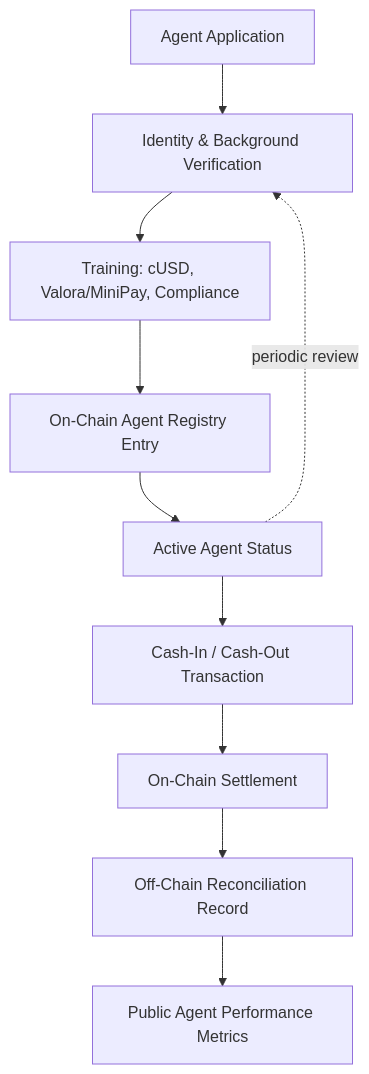
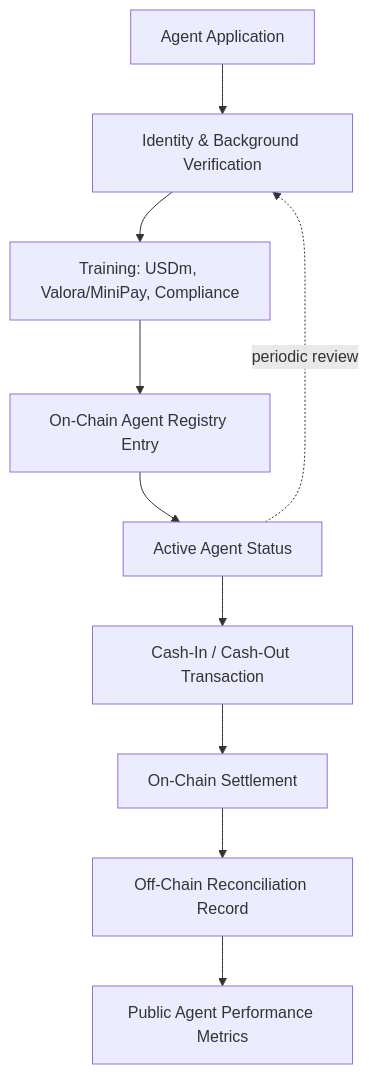
One commit to Celo-HaiTi/CeloHT changed the fifth of 10 diagrams in ARCHITECTURE.md. Above: the diagram before and after it, drawn with Mermaid. The commit also changed other lines of this file and 46 other files, not shown here.

Commit message:
Migrate cUSD terminology to USDm

````diff
--- a/ARCHITECTURE.md
+++ b/ARCHITECTURE.md
@@ -256,12 +256,12 @@
 ```mermaid
 flowchart TD
     A[Agent Application] --> B[Identity & Background Verification]
-    B --> C[Training: cUSD, Valora/MiniPay, Compliance]
+    B --> C[Training: USDm, Valora/MiniPay, Compliance]
     C --> D[On-Chain Agent Registry Entry]
     D --> E[Active Agent Status]
     E --> F[Cash-In / Cash-Out Transaction]
     F --> G[On-Chain Settlement]
     G --> H[Off-Chain Reconciliation Record]
     H --> I[Public Agent Performance Metrics]
     E -.periodic review.-> B
 ```
````
